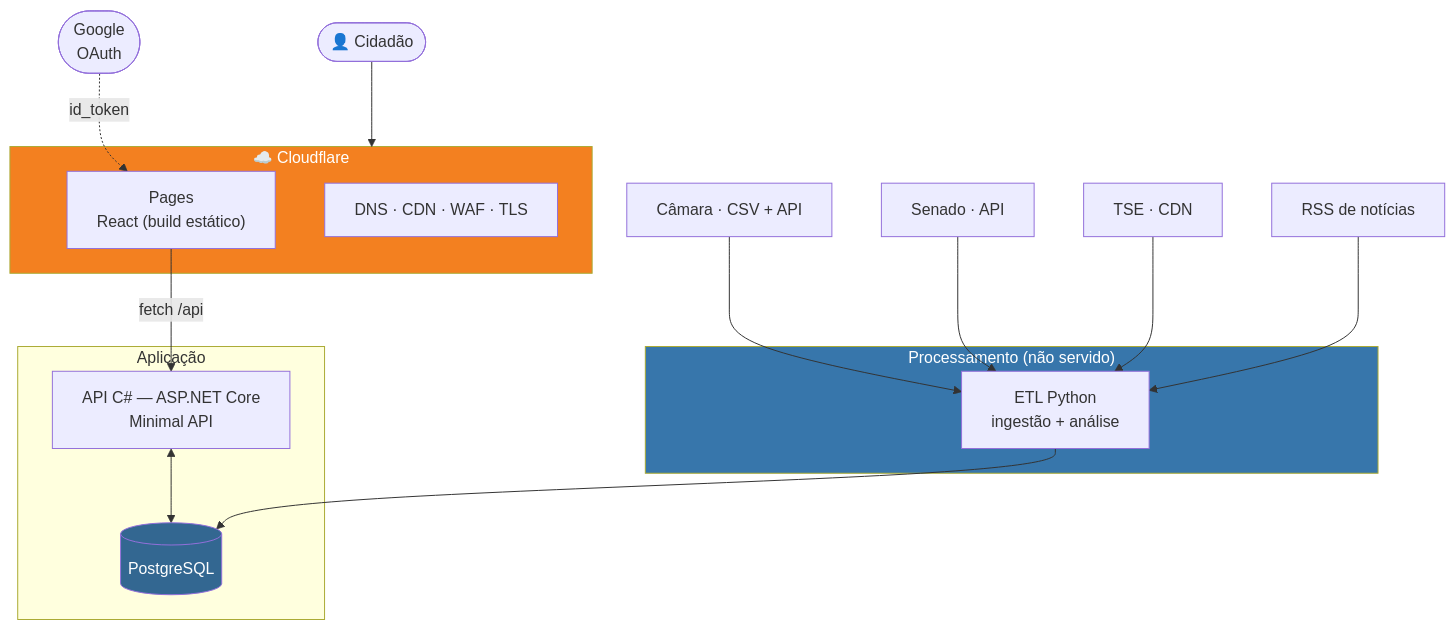
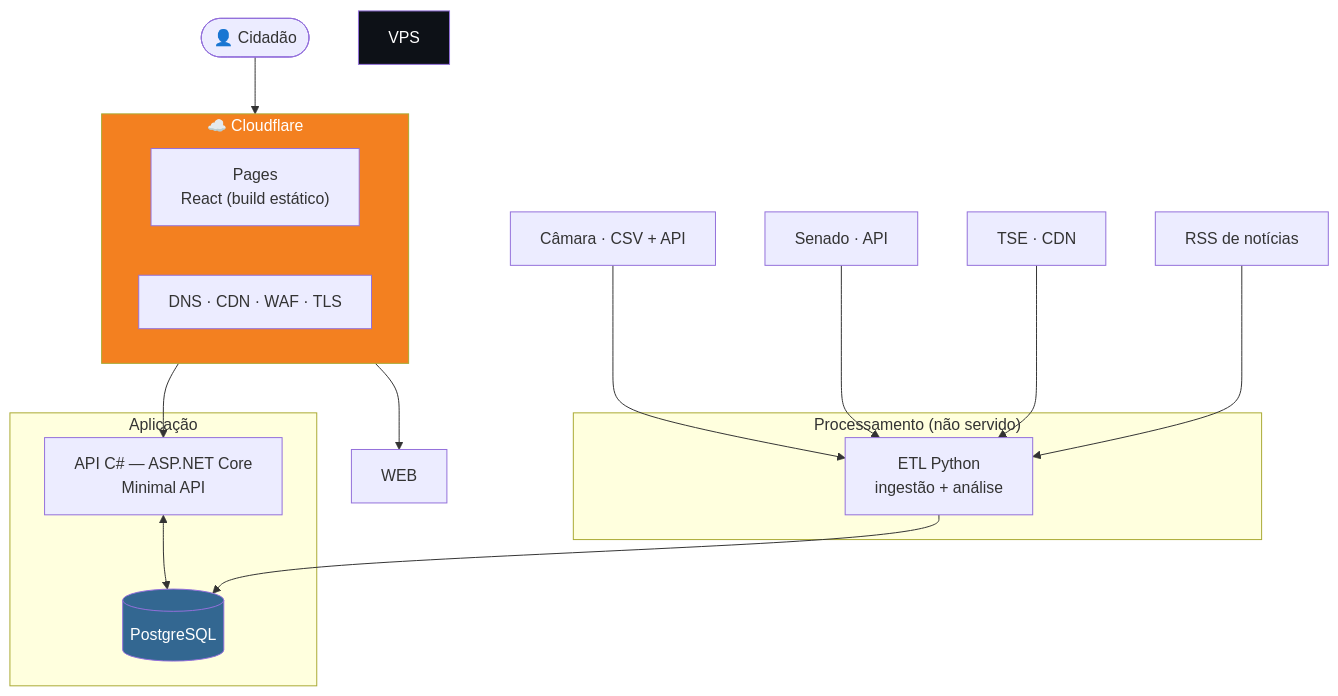
The first of 2 diagrams in docs/plano/01-arquitetura.md (IgorLucasAssuncao/poligraph), drawn with Mermaid before and after one commit. The commit also changed other lines of this file, not shown here.

Commit message:
docs: atualiza o diagrama macro para VPS + Coolify
O desenho ainda mostrava Cloudflare Pages servindo o React e blocos
separados para app e batch. Com a decisão pelo VPS, os quatro
componentes ficam na mesma máquina e a Cloudflare vira só borda — com o
papel adicional de esconder o IP do servidor.

````diff
--- a/docs/plano/01-arquitetura.md
+++ b/docs/plano/01-arquitetura.md
@@ -28,32 +28,32 @@
 ```mermaid
 flowchart TB
     U(["👤 Cidadão"]) --> CF
 
     subgraph CF["☁️ Cloudflare"]
         PAGES["Pages<br/>React (build estático)"]
         DNS["DNS · CDN · WAF · TLS"]
     end
 
     subgraph APP["Aplicação"]
         API["API C# — ASP.NET Core<br/>Minimal API"]
         PG[("PostgreSQL")]
         API <--> PG
     end
 
     subgraph BATCH["Processamento (não servido)"]
         ETL["ETL Python<br/>ingestão + análise"]
         ETL --> PG
     end
 
     F1["Câmara · CSV + API"] --> ETL
     F2["Senado · API"] --> ETL
     F3["TSE · CDN"] --> ETL
     F4["RSS de notícias"] --> ETL
 
-    PAGES -->|"fetch /api"| API
-    G(["Google<br/>OAuth"]) -.->|"id_token"| PAGES
+    CF --> WEB
+    CF --> API
 
     style CF fill:#f38020,color:#fff
-    style BATCH fill:#3776ab,color:#fff
+    style VPS fill:#0d1117,color:#fff
     style PG fill:#336791,color:#fff
 ```
````
